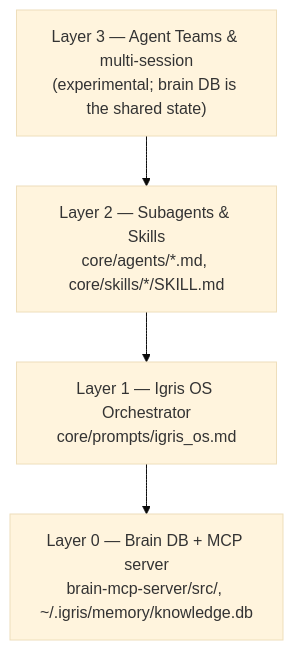
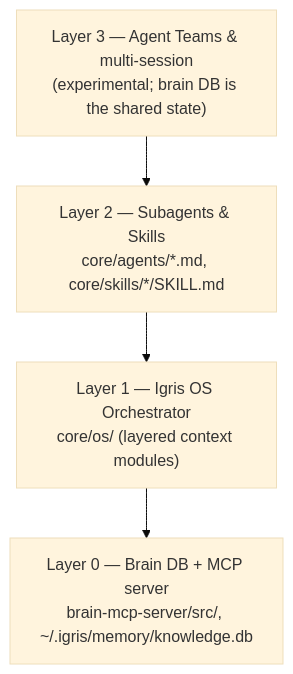
Before and after one commit to fiftynotai/igris-ai: the first of 5 diagrams in docs/architecture/SYSTEM.md, drawn with Mermaid (base theme). The commit also changed other lines of this file and 34 other files, not shown here.

````diff
--- a/docs/architecture/SYSTEM.md
+++ b/docs/architecture/SYSTEM.md
@@ -15,10 +15,10 @@
 ```mermaid
 flowchart TB
     L3["Layer 3 — Agent Teams &amp; multi-session<br/>(experimental; brain DB is the shared state)"]
     L2["Layer 2 — Subagents &amp; Skills<br/>core/agents/*.md, core/skills/*/SKILL.md"]
-    L1["Layer 1 — Igris OS Orchestrator<br/>core/prompts/igris_os.md"]
+    L1["Layer 1 — Igris OS Orchestrator<br/>core/os/ (layered context modules)"]
     L0["Layer 0 — Brain DB + MCP server<br/>brain-mcp-server/src/, ~/.igris/memory/knowledge.db"]
     L3 --> L2
     L2 --> L1
     L1 --> L0
 ```
````
